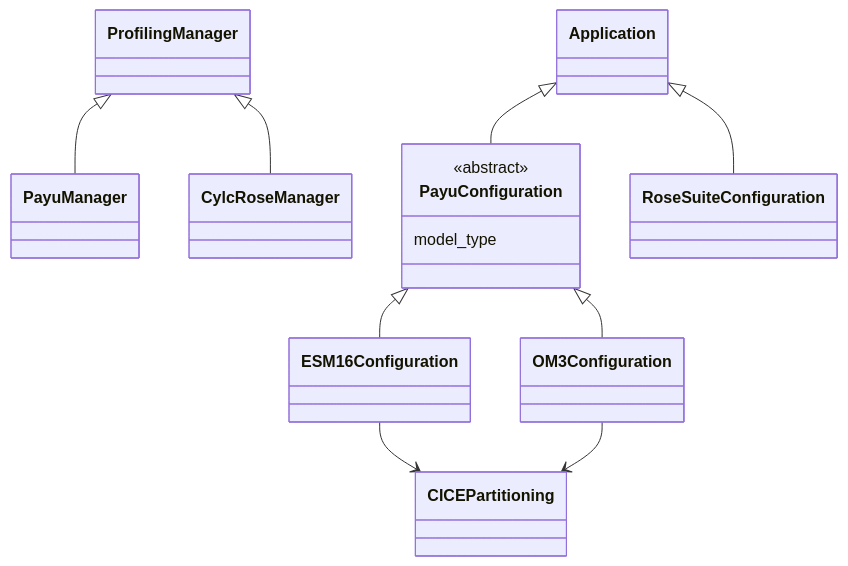
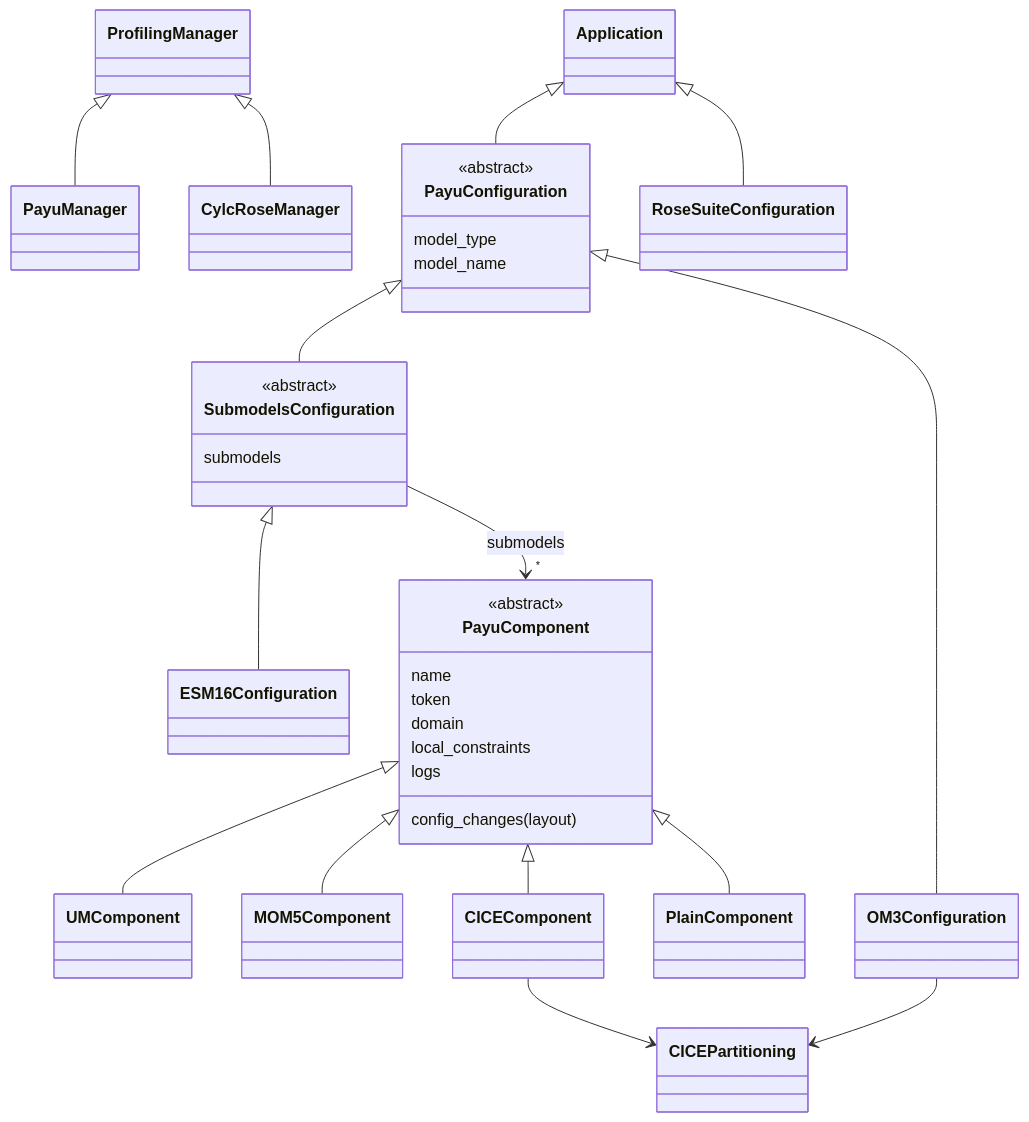
Before and after one commit to ACCESS-NRI/access-profiling: the second of 3 diagrams in documentation/docs/pages/developer-guide/index.md, drawn with Mermaid. The commit also changed other lines of this file and 17 other files, not shown here.

First line of the commit message:
Put the Payu models together from components, and rebuild ESM1.6 on them:

````diff
--- a/documentation/docs/pages/developer-guide/index.md
+++ b/documentation/docs/pages/developer-guide/index.md
@@ -88,16 +88,36 @@
 ```mermaid
 classDiagram
     direction TB
     ProfilingManager <|-- PayuManager
     ProfilingManager <|-- CylcRoseManager
     class PayuConfiguration {
         <<abstract>>
         model_type
+        model_name
+    }
+    class SubmodelsConfiguration {
+        <<abstract>>
+        submodels
+    }
+    class PayuComponent {
+        <<abstract>>
+        name
+        token
+        domain
+        local_constraints
+        logs
+        config_changes(layout)
     }
     Application <|-- PayuConfiguration
     Application <|-- RoseSuiteConfiguration
-    PayuConfiguration <|-- ESM16Configuration
+    PayuConfiguration <|-- SubmodelsConfiguration
     PayuConfiguration <|-- OM3Configuration
-    ESM16Configuration --> CICEPartitioning
+    SubmodelsConfiguration <|-- ESM16Configuration
+    SubmodelsConfiguration --> "*" PayuComponent : submodels
+    PayuComponent <|-- UMComponent
+    PayuComponent <|-- MOM5Component
+    PayuComponent <|-- CICEComponent
+    PayuComponent <|-- PlainComponent
+    CICEComponent --> CICEPartitioning
     OM3Configuration --> CICEPartitioning
 ```
````
